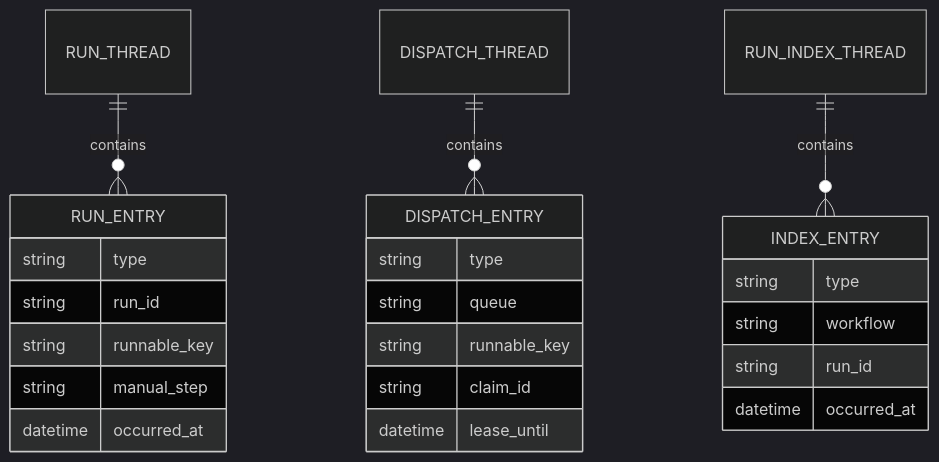
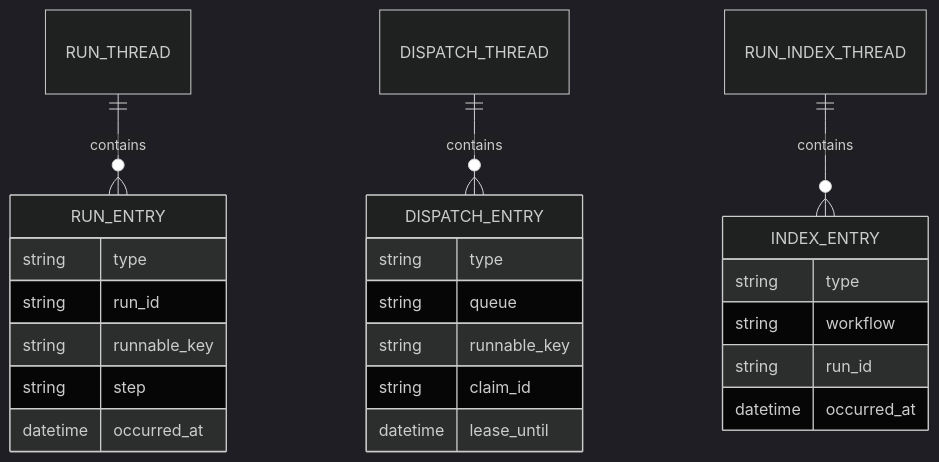
Before and after one commit to dark-trench/squid_mesh: the third of 8 diagrams in docs/jido_runtime_architecture.md, drawn with Mermaid (dark theme).

Commit message:
Potential fix for pull request finding

````diff
--- a/docs/jido_runtime_architecture.md
+++ b/docs/jido_runtime_architecture.md
@@ -137,26 +137,26 @@
 ```mermaid
 erDiagram
     RUN_THREAD ||--o{ RUN_ENTRY : contains
     DISPATCH_THREAD ||--o{ DISPATCH_ENTRY : contains
     RUN_INDEX_THREAD ||--o{ INDEX_ENTRY : contains
     RUN_ENTRY {
         string type
         string run_id
         string runnable_key
-        string manual_step
+        string step
         datetime occurred_at
     }
     DISPATCH_ENTRY {
         string type
         string queue
         string runnable_key
         string claim_id
         datetime lease_until
     }
     INDEX_ENTRY {
         string type
         string workflow
         string run_id
         datetime occurred_at
     }
 ```
````
